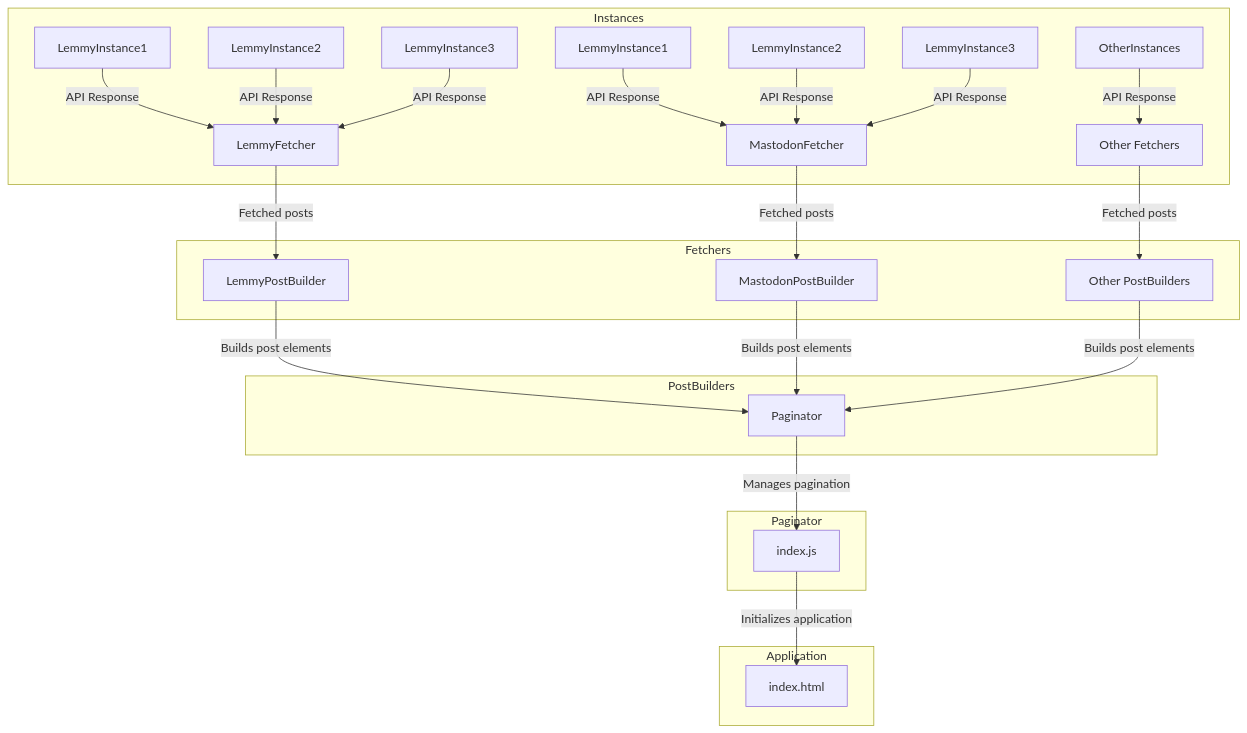
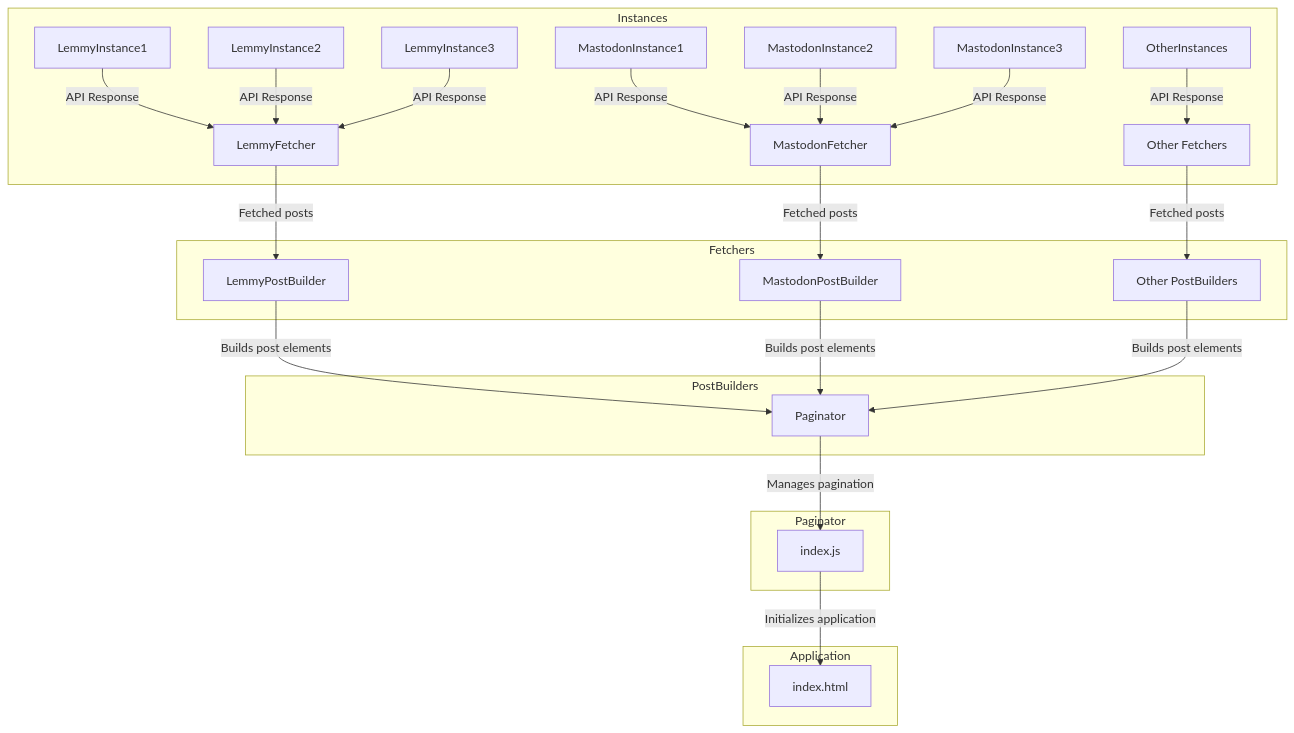
The diagram in README.md (cse210-works-on-my-machine/CSE210-Fall23-Team-3), drawn with Mermaid before and after one commit. The commit also changed other lines of this file, not shown here.

Commit message:
typos in the readme

````diff
--- a/README.md
+++ b/README.md
@@ -20,34 +20,34 @@
 ```mermaid
 graph TD
     subgraph Instances
       L1[LemmyInstance1] -->|API Response| LF[LemmyFetcher]
       L2[LemmyInstance2] -->|API Response| LF
       L3[LemmyInstance3] -->|API Response| LF
 
-      M1[LemmyInstance1] -->|API Response| MF[MastodonFetcher]
-      M2[LemmyInstance2] -->|API Response| MF
-      M3[LemmyInstance3] -->|API Response| MF
+      M1[MastodonInstance1] -->|API Response| MF[MastodonFetcher]
+      M2[MastodonInstance2] -->|API Response| MF
+      M3[MastodonInstance3] -->|API Response| MF
 
       O1[OtherInstances] -->|API Response| OF[Other Fetchers]
     end
 
     subgraph Fetchers
         LF -->|Fetched posts| LPB[LemmyPostBuilder]
         MF -->|Fetched posts| MPB[MastodonPostBuilder]
         OF -->|Fetched posts| OPB[Other PostBuilders]
     end
 
     subgraph PostBuilders
         LPB -->|Builds post elements| P[Paginator]
         MPB -->|Builds post elements| P
         OPB -->|Builds post elements| P
     end
 
     subgraph Paginator
         P -->|Manages pagination| IJS[index.js]
     end
 
     subgraph Application
         IJS -->|Initializes application| ST[index.html]
     end
 ```
````
